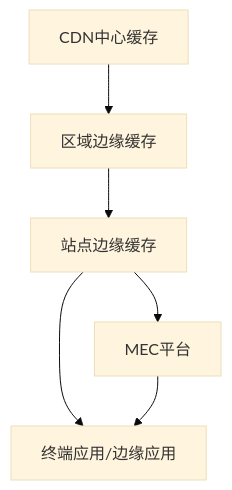
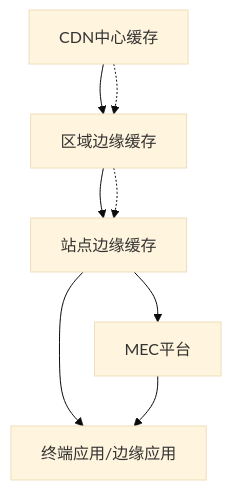
The sixth of 10 diagrams in .qoder/repowiki/zh/content/应用场景/边缘计算集成.md (allengaller/oran-database), drawn with Mermaid (base theme) before and after one commit. The commit also changed other lines of this file and 32 other files, not shown here.

````diff
--- a/.qoder/repowiki/zh/content/应用场景/边缘计算集成.md
+++ b/.qoder/repowiki/zh/content/应用场景/边缘计算集成.md
@@ -222,8 +238,10 @@
 ```mermaid
 graph TB
 CDN["CDN中心缓存"] --> REGION["区域边缘缓存"]
 REGION --> EDGE["站点边缘缓存"]
 EDGE --> APP["终端应用/边缘应用"]
 EDGE --> MEC["MEC平台"]
 MEC --> APP
+CDN -.-> REGION
+REGION -.-> EDGE
 ```
````
